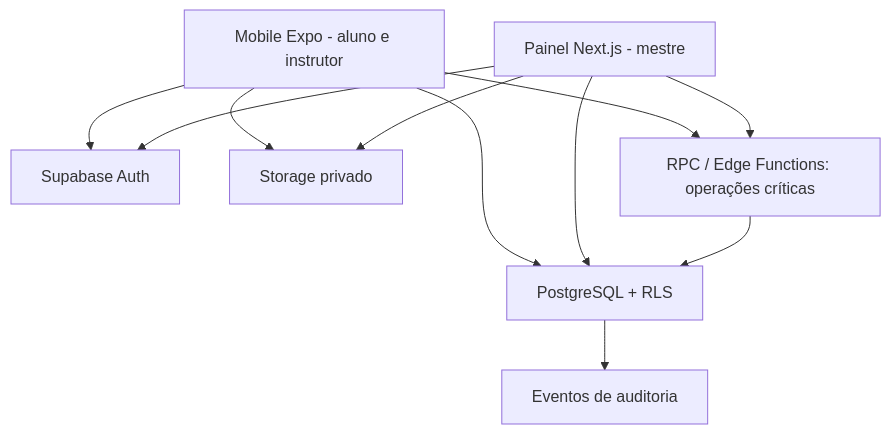
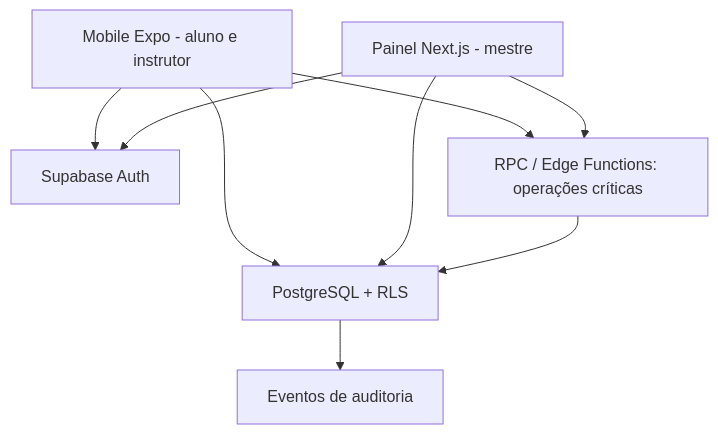
Before and after one commit to dodoxbr/App_Dojo: the diagram in docs/02-arquitetura.md, drawn with Mermaid. The commit also changed other lines of this file and 21 other files, not shown here.

````diff
--- a/docs/02-arquitetura.md
+++ b/docs/02-arquitetura.md
@@ -4,13 +4,11 @@
 ```mermaid
 flowchart TB
   M[Mobile Expo - aluno e instrutor] --> A[Supabase Auth]
   W[Painel Next.js - mestre] --> A
   M --> DB[PostgreSQL + RLS]
   W --> DB
-  M --> S[Storage privado]
-  W --> S
   M --> F[RPC / Edge Functions: operações críticas]
   W --> F
   F --> DB
   DB --> AU[Eventos de auditoria]
 ```
````
